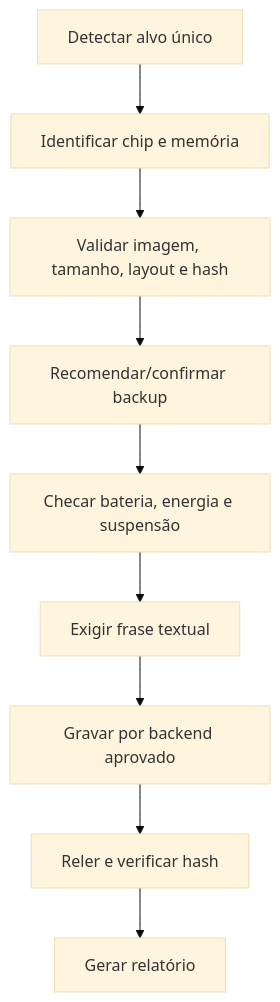
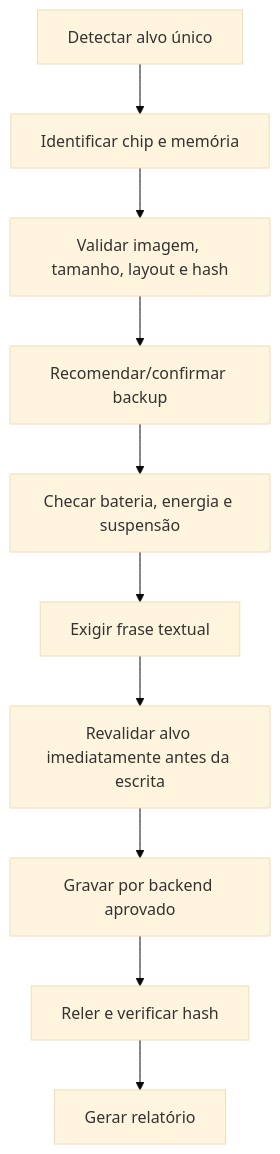
Before and after one commit to itayson/Rockservice-mobile: the third of 4 diagrams in docs/ARCHITECTURE.md, drawn with Mermaid (base theme). The commit also changed other lines of this file, not shown here.

Commit message:
docs: align architecture with current bootstrap

````diff
--- a/docs/ARCHITECTURE.md
+++ b/docs/ARCHITECTURE.md
@@ -44,11 +54,12 @@
 ```mermaid
 flowchart TD
   D[Detectar alvo único] --> C[Identificar chip e memória]
   C --> V[Validar imagem, tamanho, layout e hash]
   V --> B[Recomendar/confirmar backup]
   B --> P[Checar bateria, energia e suspensão]
   P --> T[Exigir frase textual]
-  T --> W[Gravar por backend aprovado]
+  T --> RV[Revalidar alvo imediatamente antes da escrita]
+  RV --> W[Gravar por backend aprovado]
   W --> R[Reler e verificar hash]
   R --> REP[Gerar relatório]
 ```
````
